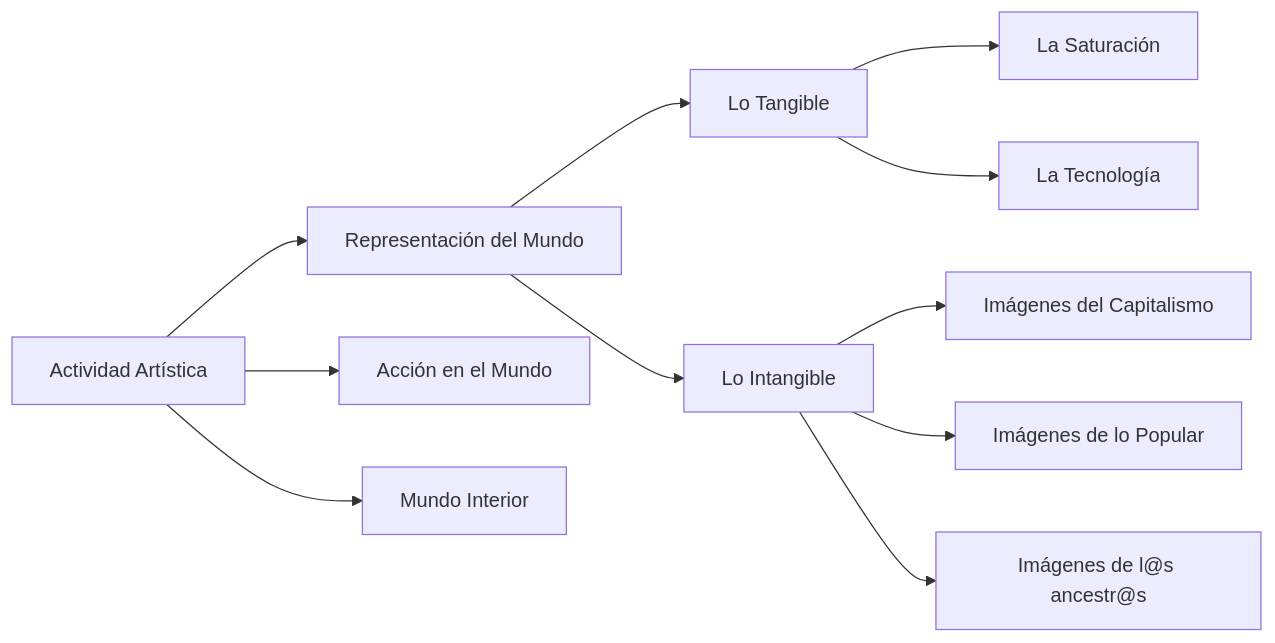
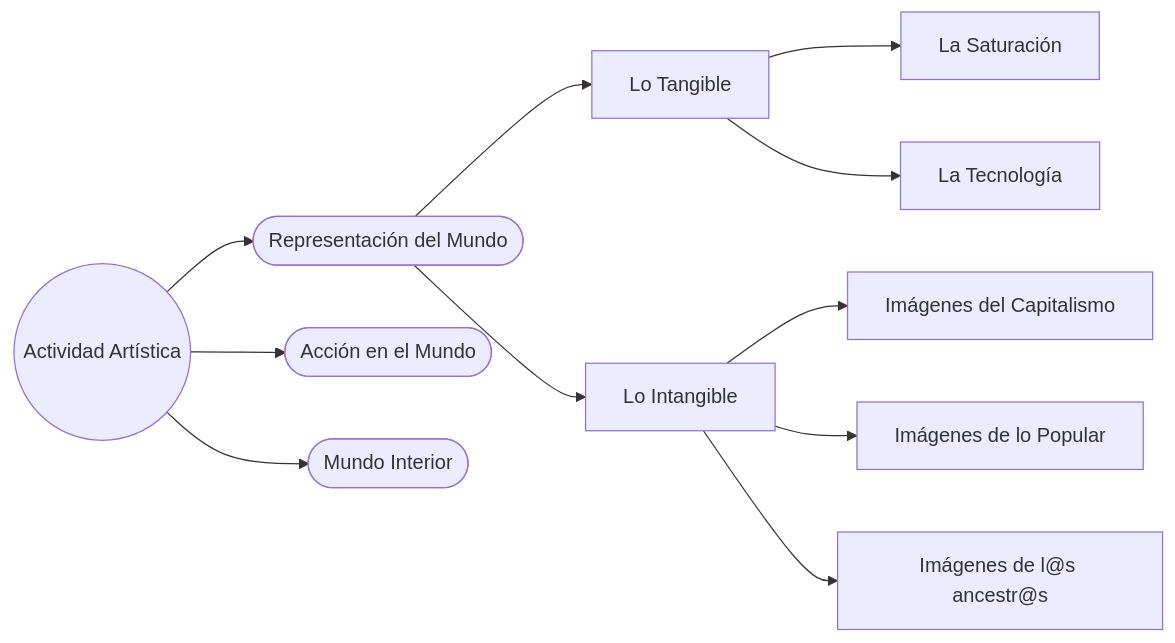
The diagram in ES/mundo-exterior.md (EGGS-Artesvisuales/EGGS-Artesvisuales.github.io), drawn with Mermaid before and after one commit.

```diff
--- a/ES/mundo-exterior.md
+++ b/ES/mundo-exterior.md
@@ -32,35 +32,35 @@
 <div class="mermaid">
-graph LR
-    principal[Actividad Artística]
-    representacion[Representación del Mundo]
-    accion[Acción en el Mundo]
-    interior[Mundo Interior]
+flowchart LR
+    principal((Actividad Artística))
+    representacion([Representación del Mundo])
+    accion([Acción en el Mundo])
+    interior([Mundo Interior])
 
     principal --> representacion
     principal --> accion
     principal --> interior
 
     representacion --> tangible[Lo Tangible]
     representacion --> intangible[Lo Intangible]
 
     tangible --> saturacion[La Saturación]
     tangible --> tecnologia[La Tecnología]
 
     intangible --> capitalismo[Imágenes del Capitalismo]
     intangible --> popular[Imágenes de lo Popular]
     intangible --> ancestrales[Imágenes de l@s ancestr@s]
 
     click principal "/ES/index.html" "Ir al Inicio"
     click representacion "/ES/mundo-exterior.html" "Ir a Representación del Mundo"
     click tangible "/ES/tangible.html" "Ir a Lo Tangible"
     click intangible "/ES/intangible.html" "Ir a Lo Intangible"
 
     click accion "/ES/accion.html" "Ir a Acción en el Mundo"
     click interior "/ES/interior.html" "Ir a Mundo Interior"
 
     click saturacion "/ES/saturacion.html" "Ir a La Saturación"
     click tecnologia "/ES/en-construccion.html" "Ir a La Tecnología"
     click capitalismo "/ES/imagenes-capitalismo.html" "Ir a Imágenes del Capitalismo"
     click popular "/ES/imagenes-popular.html" "Ir a Imágenes de lo Popular"
     click ancestrales "/ES/imagenes-ancestros.html" "Ir a Imágenes de l@s ancestr@s"
 </div>
```
